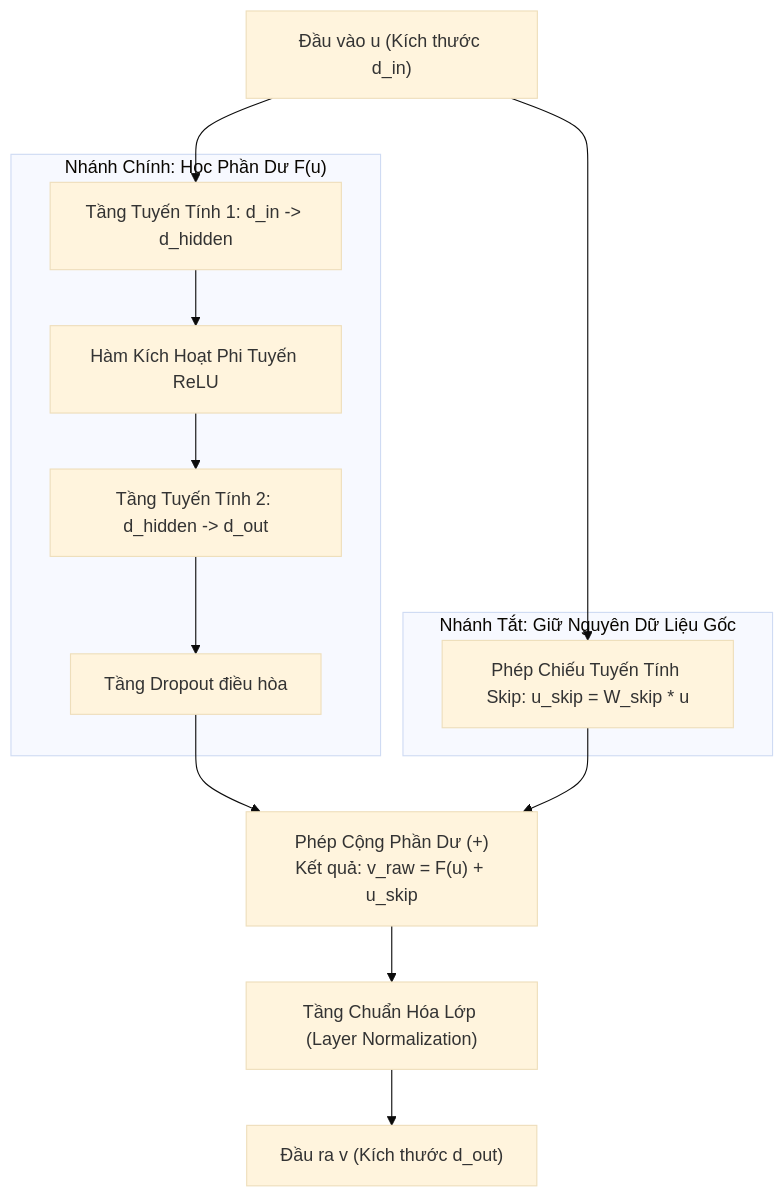
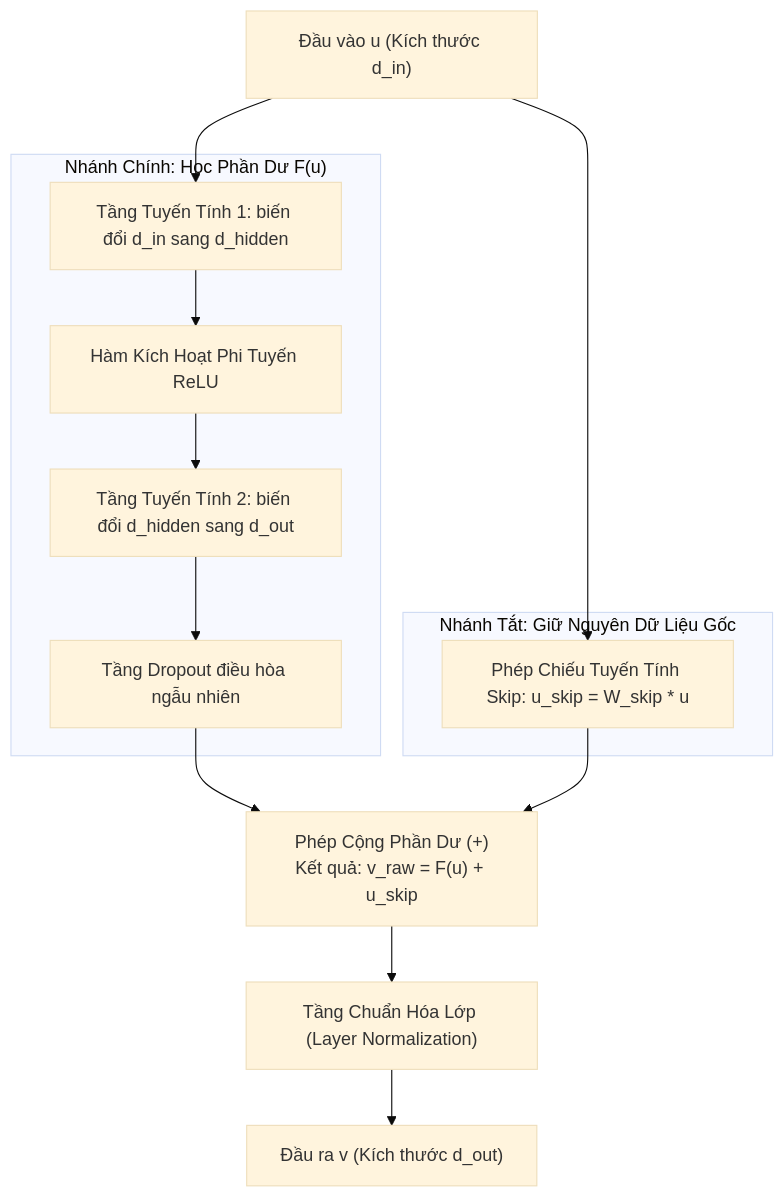
The third of 3 diagrams in glossary/residual_block.md (snowflake-vibing/Project-Experimental-TiDE), drawn with Mermaid (base theme) before and after one commit. The commit also changed other lines of this file and 17 other files, not shown here.

````diff
--- a/glossary/residual_block.md
+++ b/glossary/residual_block.md
@@ -64,23 +65,25 @@
 ```mermaid
 flowchart TD
     In["Đầu vào u (Kích thước d_in)"]
     
     subgraph MainStream ["Nhánh Chính: Học Phần Dư F(u)"]
-        L1["Tầng Tuyến Tính 1: d_in -> d_hidden"]
+        L1["Tầng Tuyến Tính 1: biến đổi d_in sang d_hidden"]
         Act["Hàm Kích Hoạt Phi Tuyến ReLU"]
-        L2["Tầng Tuyến Tính 2: d_hidden -> d_out"]
-        Drop["Tầng Dropout điều hòa"]
-        L1 --> Act --> L2 --> Drop
+        L2["Tầng Tuyến Tính 2: biến đổi d_hidden sang d_out"]
+        Drop["Tầng Dropout điều hòa ngẫu nhiên"]
+        L1 --> Act
+        Act --> L2
+        L2 --> Drop
     end
 
     subgraph SkipStream ["Nhánh Tắt: Giữ Nguyên Dữ Liệu Gốc"]
         Skip["Phép Chiếu Tuyến Tính Skip: u_skip = W_skip * u"]
     end
 
     In --> L1
     In --> Skip
     Drop --> Add["Phép Cộng Phần Dư (+)\nKết quả: v_raw = F(u) + u_skip"]
     Skip --> Add
     Add --> LN["Tầng Chuẩn Hóa Lớp (Layer Normalization)"]
     LN --> Out["Đầu ra v (Kích thước d_out)"]
 ```
````
